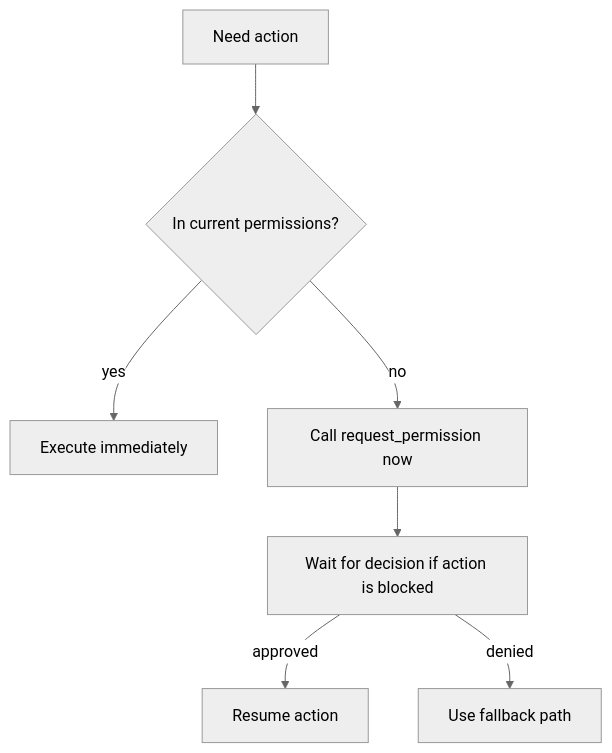
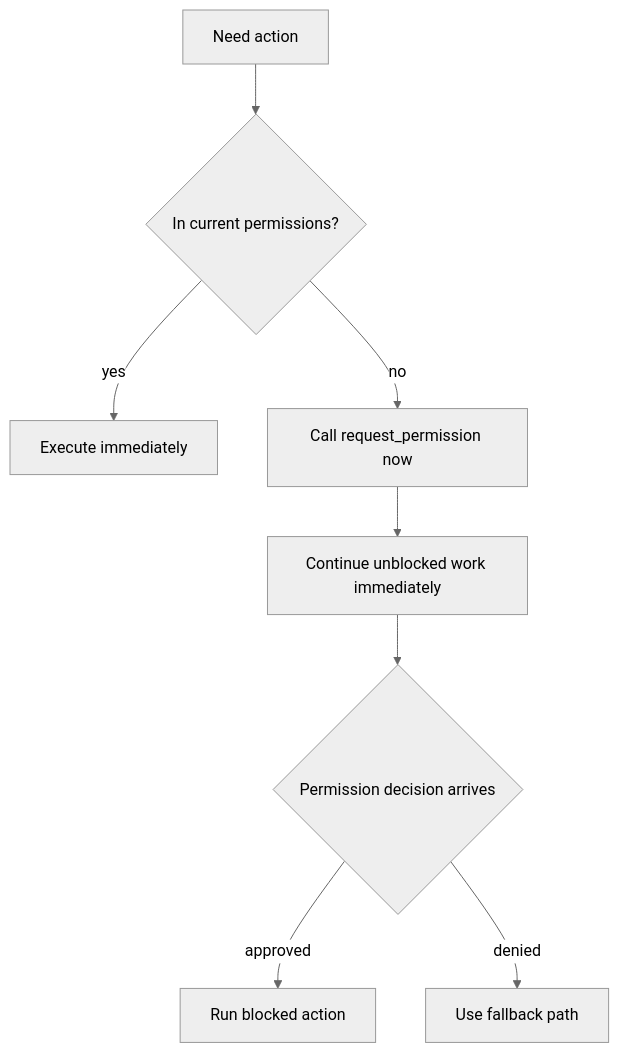
One commit to ex3ndr-bot/daycare changed the third of 6 diagrams in docs/permissions.md. Above: the diagram before and after it, drawn with Mermaid (neutral theme). The commit also changed other lines of this file and 2 other files, not shown here.

Commit message:
feat(prompts): remove wait-first permission wording

````diff
--- a/docs/permissions.md
+++ b/docs/permissions.md
@@ -63,9 +65,10 @@
 ```mermaid
 flowchart TD
   Need[Need action] --> Check{In current permissions?}
   Check -->|yes| Execute[Execute immediately]
   Check -->|no| Request[Call request_permission now]
-  Request --> Wait[Wait for decision if action is blocked]
-  Wait -->|approved| Resume[Resume action]
-  Wait -->|denied| Fallback[Use fallback path]
+  Request --> Continue[Continue unblocked work immediately]
+  Continue --> Decision{Permission decision arrives}
+  Decision -->|approved| Resume[Run blocked action]
+  Decision -->|denied| Fallback[Use fallback path]
 ```
````
